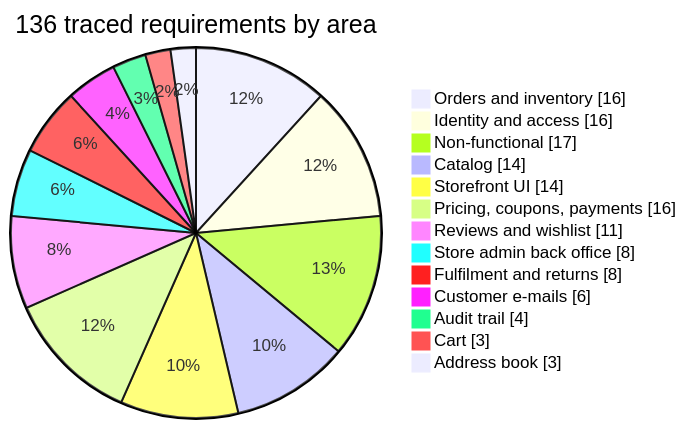
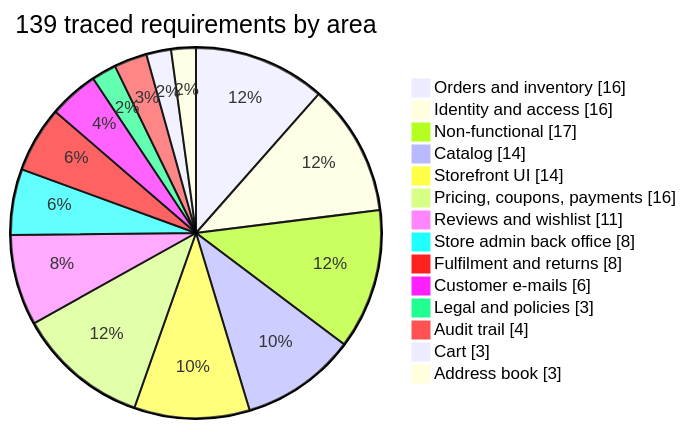
One commit to rbchy/RbcTcsWorld changed the second of 2 diagrams in README.md. Above: the diagram before and after it, drawn with Mermaid. The commit also changed other lines of this file and 24 other files, not shown here.

````diff
--- a/README.md
+++ b/README.md
@@ -53,17 +53,18 @@
 ```mermaid
 pie showData
-    title 136 traced requirements by area
+    title 139 traced requirements by area
     "Orders and inventory" : 16
     "Identity and access" : 16
     "Non-functional" : 17
     "Catalog" : 14
     "Storefront UI" : 14
     "Pricing, coupons, payments" : 16
     "Reviews and wishlist" : 11
     "Store admin back office" : 8
     "Fulfilment and returns" : 8
     "Customer e-mails" : 6
+    "Legal and policies" : 3
     "Audit trail" : 4
     "Cart" : 3
     "Address book" : 3
 ```
````
